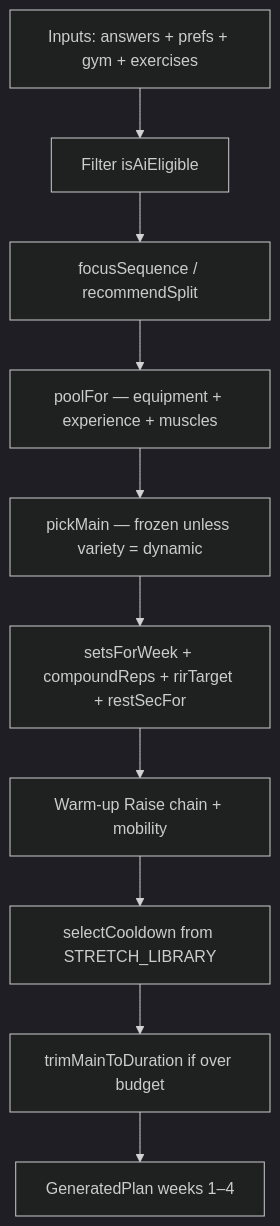
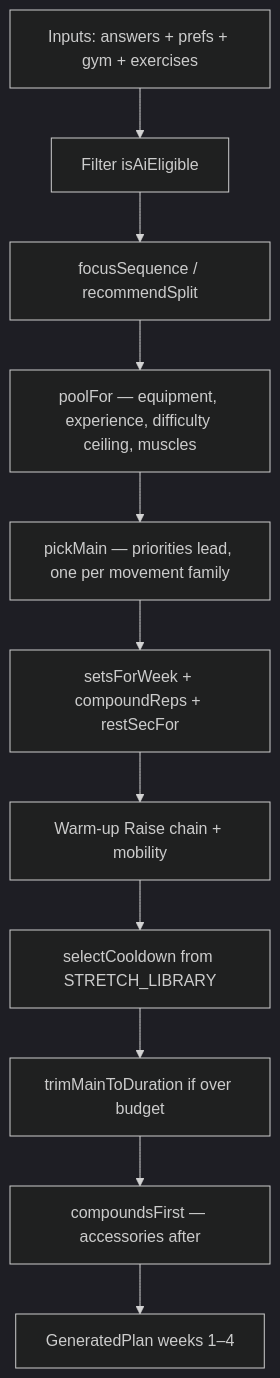
The second of 5 diagrams in docs/plan-engine/architecture.md (jeriel-rb/pacergo-app), drawn with Mermaid (dark theme) before and after one commit. The commit also changed other lines of this file and 80 other files, not shown here.

````diff
--- a/docs/plan-engine/architecture.md
+++ b/docs/plan-engine/architecture.md
@@ -35,12 +45,13 @@
 ```mermaid
 flowchart TD
   IN[Inputs: answers + prefs + gym + exercises] --> QA[Filter isAiEligible]
   QA --> SPLIT[focusSequence / recommendSplit]
-  SPLIT --> POOL[poolFor — equipment + experience + muscles]
-  POOL --> PICK[pickMain — frozen unless variety = dynamic]
-  PICK --> DOSE[setsForWeek + compoundReps + rirTarget + restSecFor]
+  SPLIT --> POOL[poolFor — equipment, experience, difficulty ceiling, muscles]
+  POOL --> PICK[pickMain — priorities lead, one per movement family]
+  PICK --> DOSE[setsForWeek + compoundReps + restSecFor]
   DOSE --> WARM[Warm-up Raise chain + mobility]
   WARM --> COOL[selectCooldown from STRETCH_LIBRARY]
   COOL --> TRIM[trimMainToDuration if over budget]
-  TRIM --> OUT[GeneratedPlan weeks 1–4]
+  TRIM --> ORDER[compoundsFirst — accessories after]
+  ORDER --> OUT[GeneratedPlan weeks 1–4]
 ```
````
